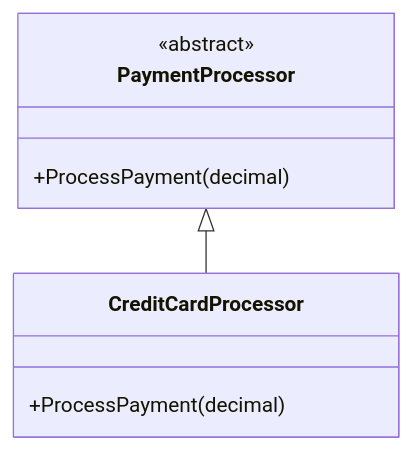
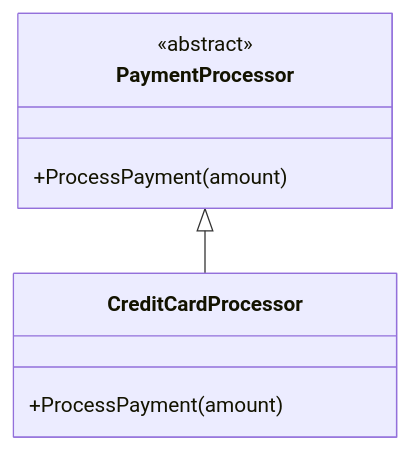
One commit to buribalkan/C-SHARP-Training changed the fourth of 4 diagrams in Object-Oriented-Programming.md. Above: the diagram before and after it, drawn with Mermaid. The commit also changed other lines of this file, not shown here.

````diff
--- a/Object-Oriented-Programming.md
+++ b/Object-Oriented-Programming.md
@@ -591,26 +586,17 @@
 ```mermaid
 classDiagram
 
     class PaymentProcessor {
-
         <<abstract>>
-
-        +ProcessPayment(decimal)
-
+        +ProcessPayment(amount)
     }
 
-
-
     class CreditCardProcessor {
-
-        +ProcessPayment(decimal)
-
+        +ProcessPayment(amount)
     }
-
-
 
     PaymentProcessor <|-- CreditCardProcessor
 
 
 
 ```
````
